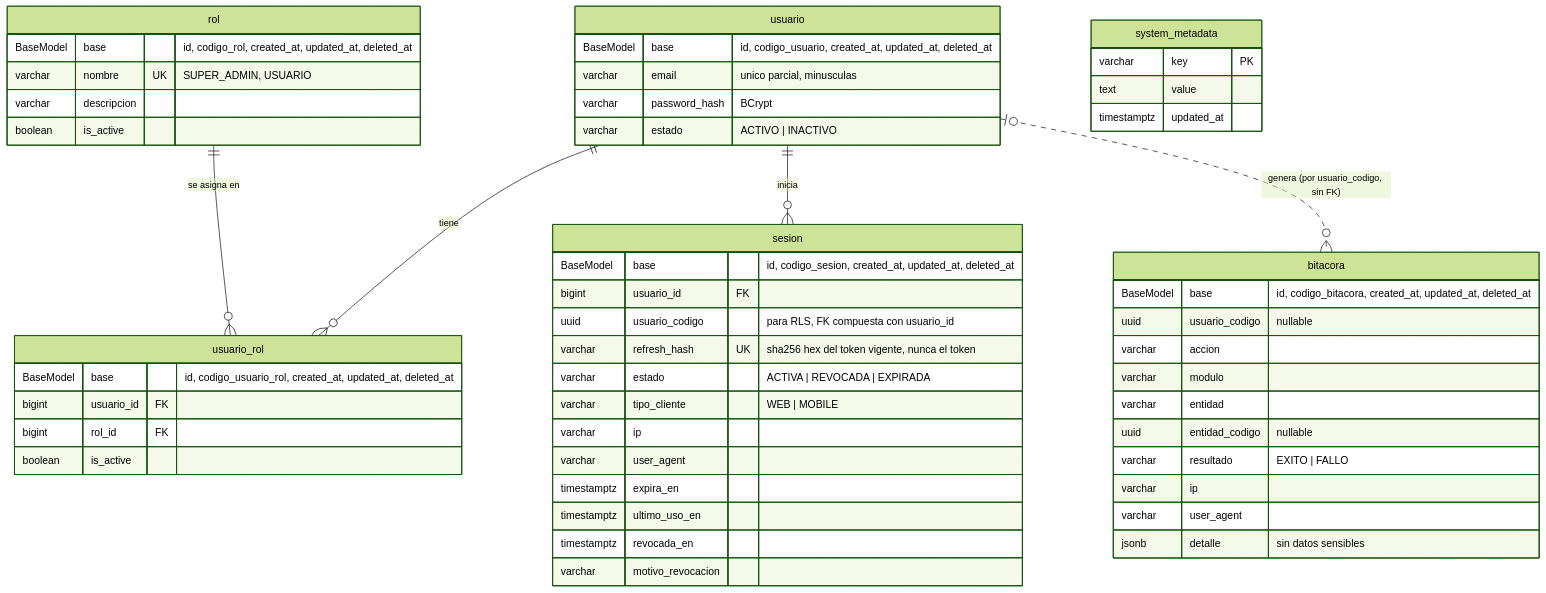
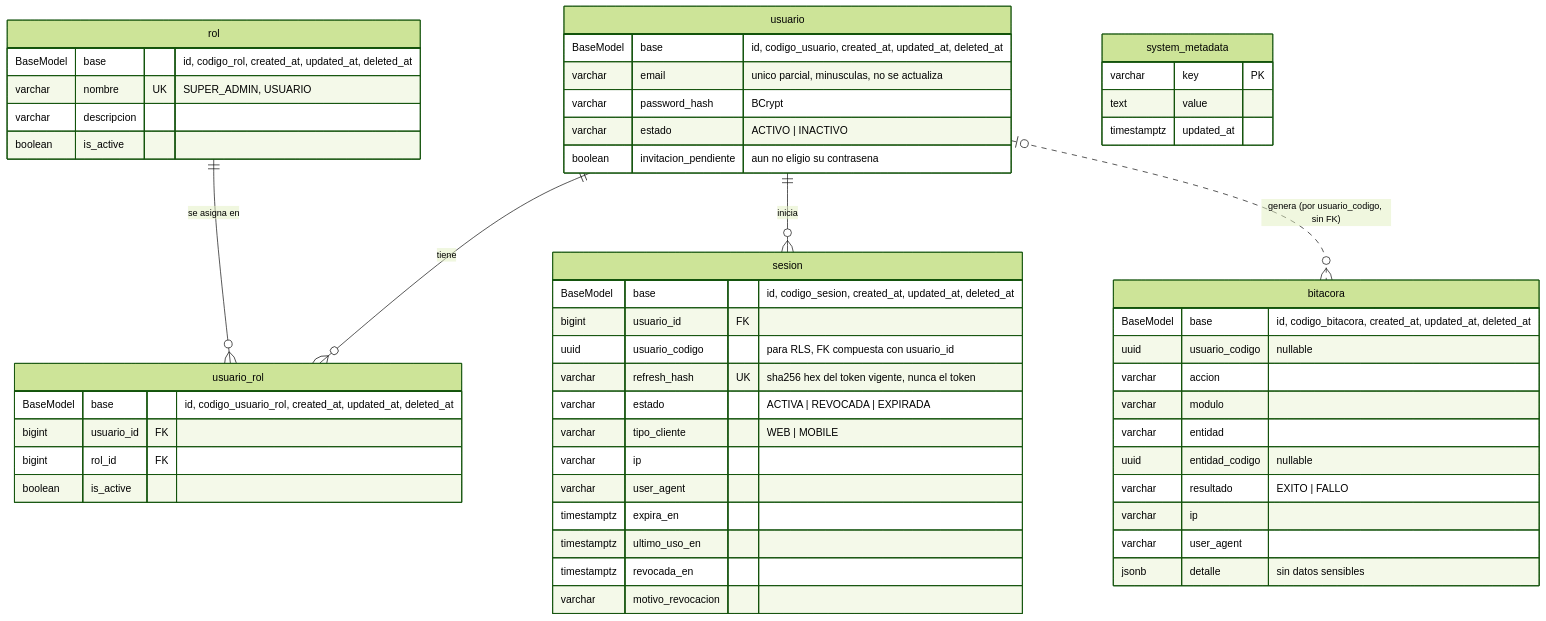
Before and after one commit to Mau8877/DevelopLayout: the diagram in docs/BASE_DE_DATOS.mermaid, drawn with Mermaid (forest theme). The commit also changed 7 other files, not shown here.

```diff
--- a/docs/BASE_DE_DATOS.mermaid
+++ b/docs/BASE_DE_DATOS.mermaid
@@ -1,56 +1,57 @@
 erDiagram
     usuario ||--o{ usuario_rol : "tiene"
     rol ||--o{ usuario_rol : "se asigna en"
     usuario ||--o{ sesion : "inicia"
     usuario |o..o{ bitacora : "genera (por usuario_codigo, sin FK)"
 
     usuario {
         BaseModel base "id, codigo_usuario, created_at, updated_at, deleted_at"
-        varchar email "unico parcial, minusculas"
+        varchar email "unico parcial, minusculas, no se actualiza"
         varchar password_hash "BCrypt"
         varchar estado "ACTIVO | INACTIVO"
+        boolean invitacion_pendiente "aun no eligio su contrasena"
     }
     rol {
         BaseModel base "id, codigo_rol, created_at, updated_at, deleted_at"
         varchar nombre UK "SUPER_ADMIN, USUARIO"
         varchar descripcion
         boolean is_active
     }
     usuario_rol {
         BaseModel base "id, codigo_usuario_rol, created_at, updated_at, deleted_at"
         bigint usuario_id FK
         bigint rol_id FK
         boolean is_active
     }
     sesion {
         BaseModel base "id, codigo_sesion, created_at, updated_at, deleted_at"
         bigint usuario_id FK
         uuid usuario_codigo "para RLS, FK compuesta con usuario_id"
         varchar refresh_hash UK "sha256 hex del token vigente, nunca el token"
         varchar estado "ACTIVA | REVOCADA | EXPIRADA"
         varchar tipo_cliente "WEB | MOBILE"
         varchar ip
         varchar user_agent
         timestamptz expira_en
         timestamptz ultimo_uso_en
         timestamptz revocada_en
         varchar motivo_revocacion
     }
     bitacora {
         BaseModel base "id, codigo_bitacora, created_at, updated_at, deleted_at"
         uuid usuario_codigo "nullable"
         varchar accion
         varchar modulo
         varchar entidad
         uuid entidad_codigo "nullable"
         varchar resultado "EXITO | FALLO"
         varchar ip
         varchar user_agent
         jsonb detalle "sin datos sensibles"
     }
 
     system_metadata {
         varchar key PK
         text value
         timestamptz updated_at
     }
```
